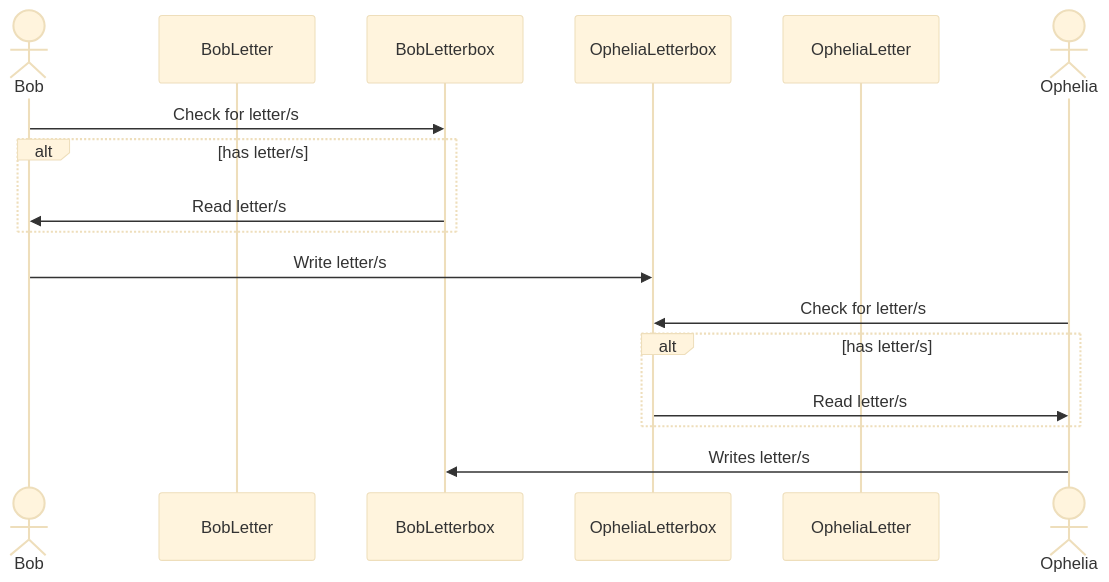
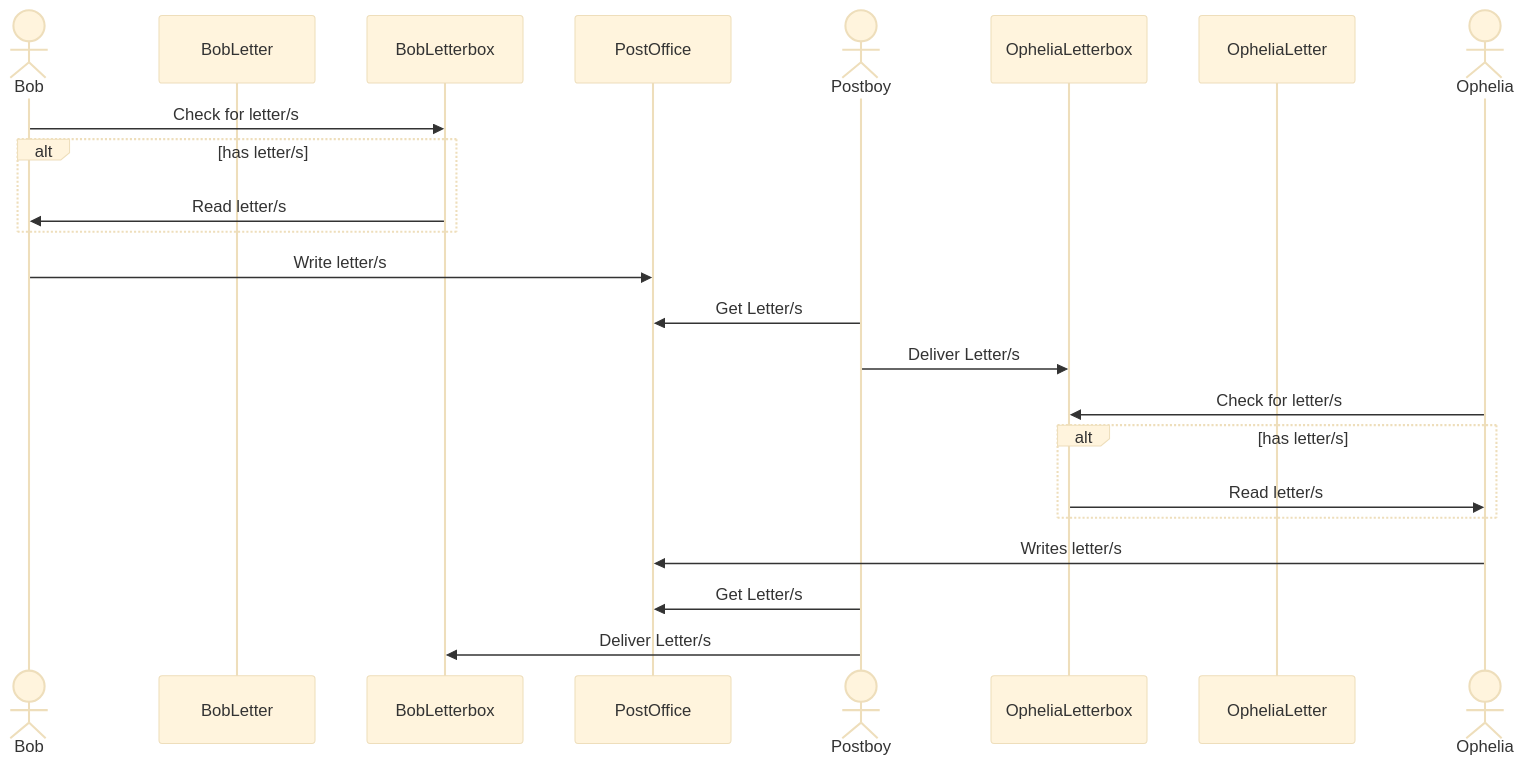
One commit to MightyMuso/Applied-Python-AT1 changed the second of 5 diagrams in uml.md. Above: the diagram before and after it, drawn with Mermaid (base theme). The commit also changed other lines of this file and 4 other files, not shown here.

Commit message:
Updated test cases Consolidated post_letter() and write_letter()

````diff
--- a/uml.md
+++ b/uml.md
@@ -28,20 +50,29 @@
 ``` mermaid
 sequenceDiagram
     actor Bob
     participant BobLetter
     participant BobLetterbox
+    participant PostOffice
+    
+    actor Postboy
+    
     participant OpheliaLetterbox
     participant OpheliaLetter
+    
     actor Ophelia
     
     Bob ->> BobLetterbox: Check for letter/s
     alt has letter/s
-    BobLetterbox ->> Bob: Read letter/s
+        BobLetterbox ->> Bob: Read letter/s
     end
-    Bob ->> OpheliaLetterbox: Write letter/s
+    Bob ->> PostOffice: Write letter/s
+    Postboy ->> PostOffice: Get Letter/s
+    Postboy ->> OpheliaLetterbox: Deliver Letter/s
     Ophelia ->> OpheliaLetterbox: Check for letter/s
     alt has letter/s
         OpheliaLetterbox ->> Ophelia: Read letter/s
-        end
-    Ophelia ->> BobLetterbox: Writes letter/s
+    end
+    Ophelia ->> PostOffice: Writes letter/s
+    Postboy ->> PostOffice: Get Letter/s
+    Postboy ->> BobLetterbox: Deliver Letter/s
 ```
````
